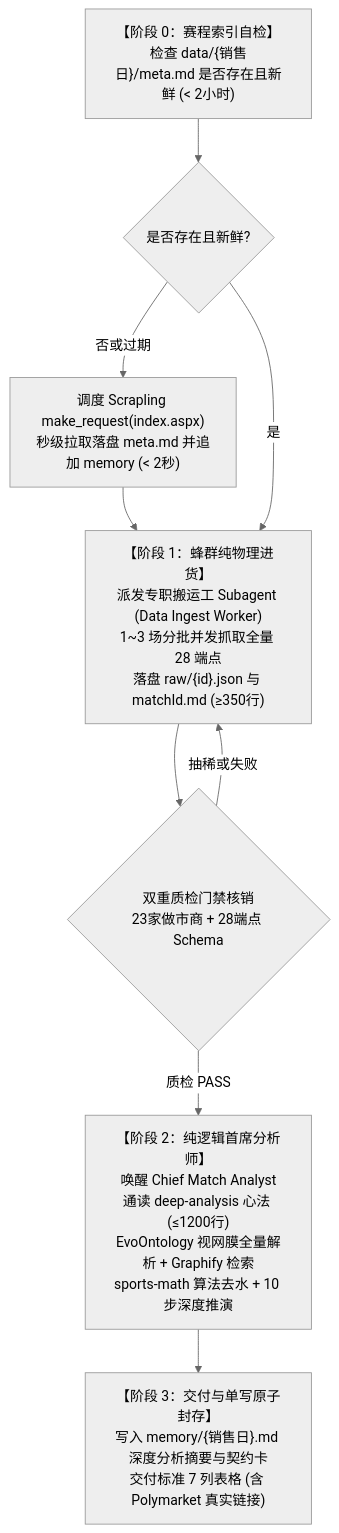
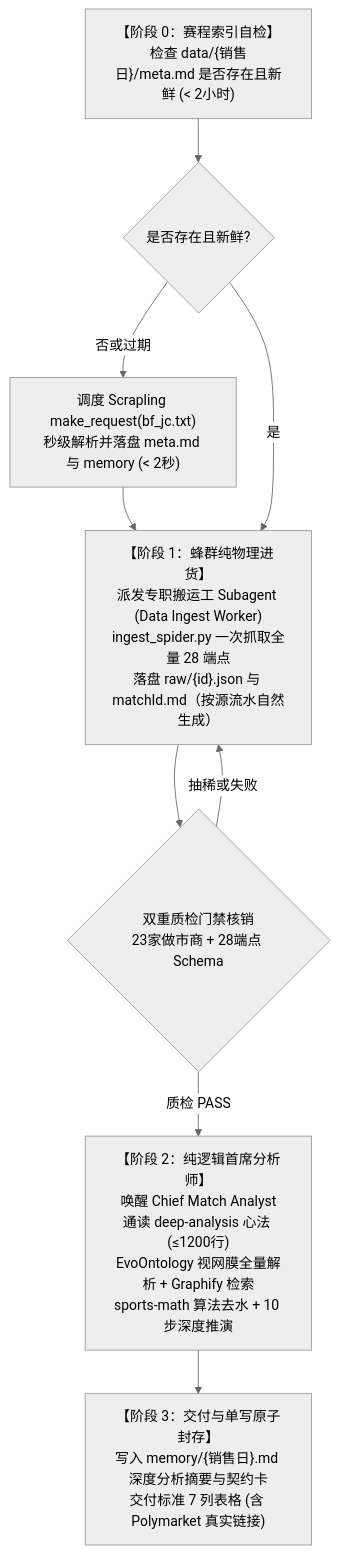
The third of 4 diagrams in README.md (i0ivi0i/supodds), drawn with Mermaid (neutral theme) before and after one commit. The commit also changed other lines of this file and 20 other files, not shown here.

First line of the commit message:
﻿feat(scraper): align official scrapling spider autothrottle and eliminate aggressive ingest

````diff
--- a/README.md
+++ b/README.md
@@ -140,18 +140,18 @@
 ```mermaid
 flowchart TD
     Z["【阶段 0：赛程索引自检】<br/>检查 data/{销售日}/meta.md 是否存在且新鲜 (< 2小时)"]
     Z_NO{"是否存在且新鲜?"}
-    Z_GET["调度 Scrapling make_request(index.aspx)<br/>秒级拉取落盘 meta.md 并追加 memory (< 2秒)"]
-    P1["【阶段 1：蜂群纯物理进货】<br/>派发专职搬运工 Subagent (Data Ingest Worker)<br/>1~3 场分批并发抓取全量 28 端点<br/>落盘 raw/{id}.json 与 matchId.md (≥350行)"]
+    Z_GET["调度 Scrapling make_request(bf_jc.txt)<br/>秒级解析并落盘 meta.md 与 memory (< 2秒)"]
+    P1["【阶段 1：蜂群纯物理进货】<br/>派发专职搬运工 Subagent (Data Ingest Worker)<br/>ingest_spider.py 一次抓取全量 28 端点<br/>落盘 raw/{id}.json 与 matchId.md（按源流水自然生成）"]
     P1_GATE{"双重质检门禁核销<br/>23家做市商 + 28端点 Schema"}
     P2["【阶段 2：纯逻辑首席分析师】<br/>唤醒 Chief Match Analyst<br/>通读 deep-analysis 心法 (≤1200行)<br/>EvoOntology 视网膜全量解析 + Graphify 检索<br/>sports-math 算法去水 + 10 步深度推演"]
     OUT["【阶段 3：交付与单写原子封存】<br/>写入 memory/{销售日}.md 深度分析摘要与契约卡<br/>交付标准 7 列表格 (含 Polymarket 真实链接)"]
 
     Z --> Z_NO
     Z_NO -- 否或过期 --> Z_GET --> P1
     Z_NO -- 是 --> P1
     P1 --> P1_GATE
     P1_GATE -- 质检 PASS --> P2
     P1_GATE -- 抽稀或失败 --> P1
     P2 --> OUT
 ```
````
